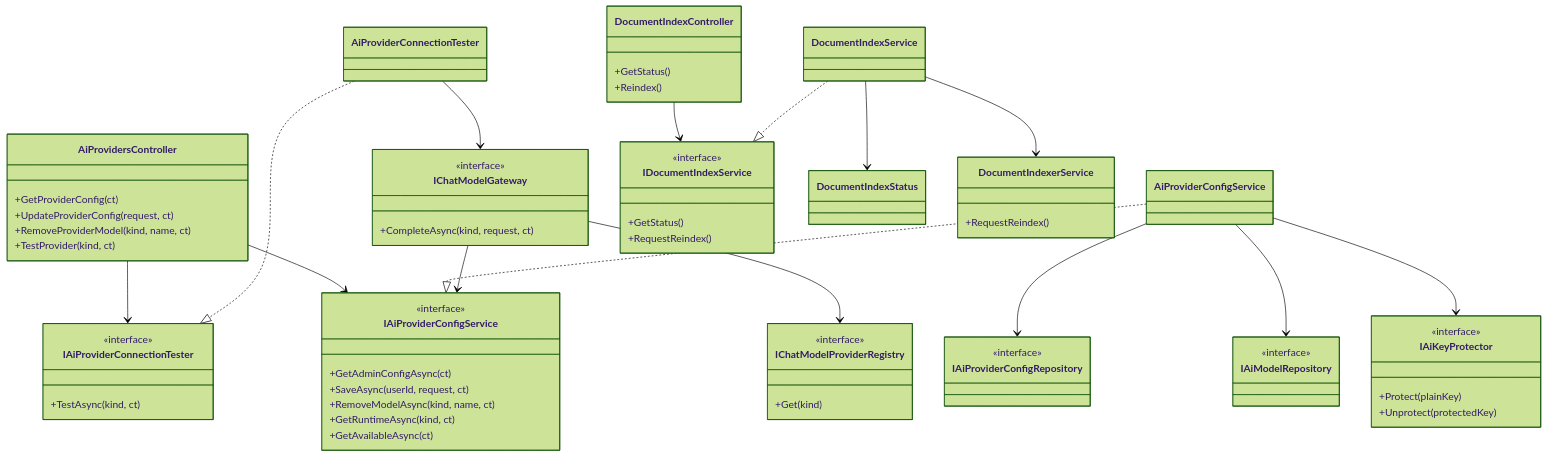
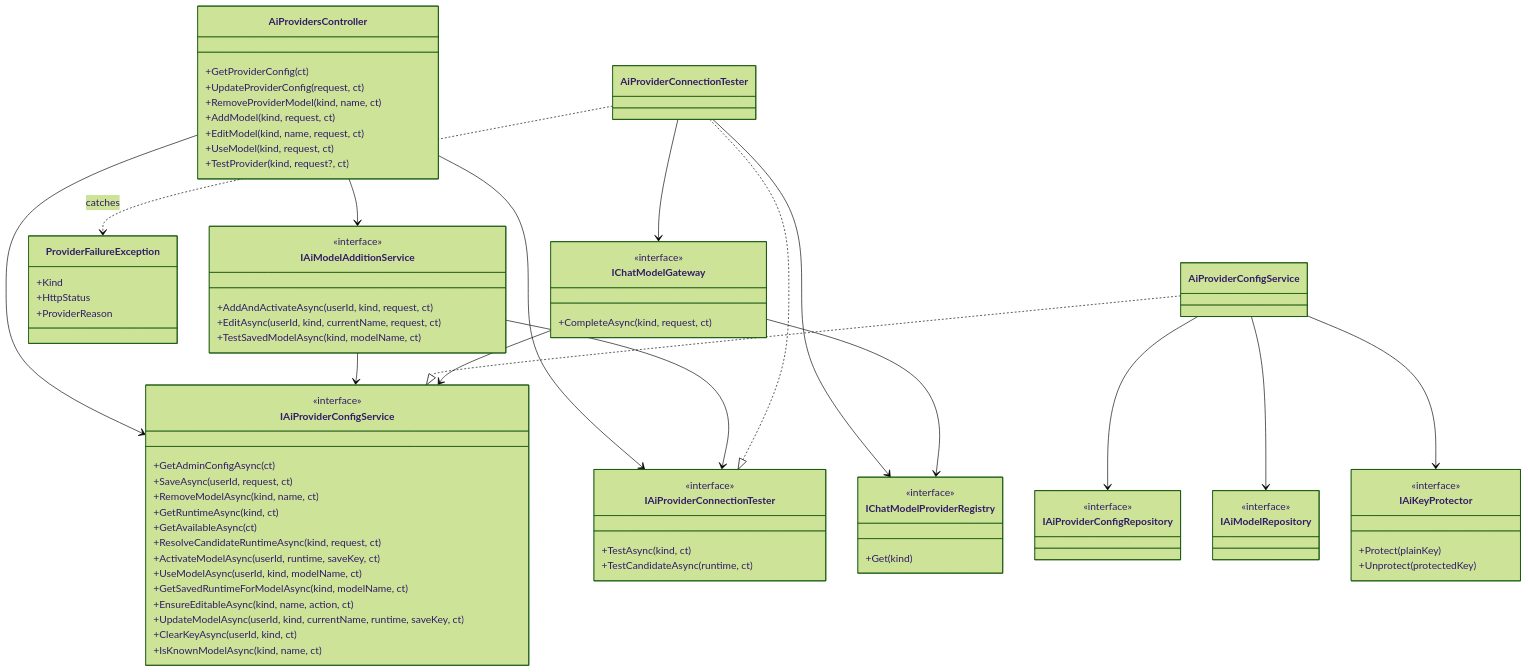
Before and after one commit to jojogeorge3344/TaskFlow-Project: the first of 5 diagrams in TF - Documents/TF - LLD/06-Settings/06.3-TFA-Settings/LLD-TFA-Settings.md, drawn with Mermaid (forest theme). The commit also changed other lines of this file and 103 other files, not shown here.

First line of the commit message:
feat(tfa): add AI model page, model ID check, read-only model list and edit

````diff
--- a/TF - Documents/TF - LLD/06-Settings/06.3-TFA-Settings/LLD-TFA-Settings.md
+++ b/TF - Documents/TF - LLD/06-Settings/06.3-TFA-Settings/LLD-TFA-Settings.md
@@ -177,70 +194,80 @@
 ```mermaid
 classDiagram
   class AiProvidersController {
     +GetProviderConfig(ct)
     +UpdateProviderConfig(request, ct)
     +RemoveProviderModel(kind, name, ct)
-    +TestProvider(kind, ct)
+    +AddModel(kind, request, ct)
+    +EditModel(kind, name, request, ct)
+    +UseModel(kind, request, ct)
+    +TestProvider(kind, request?, ct)
+  }
+  class IAiModelAdditionService {
+    <<interface>>
+    +AddAndActivateAsync(userId, kind, request, ct)
+    +EditAsync(userId, kind, currentName, request, ct)
+    +TestSavedModelAsync(kind, modelName, ct)
+  }
+  class ProviderFailureException {
+    +Kind
+    +HttpStatus
+    +ProviderReason
   }
   class IAiProviderConfigService {
     <<interface>>
     +GetAdminConfigAsync(ct)
     +SaveAsync(userId, request, ct)
     +RemoveModelAsync(kind, name, ct)
     +GetRuntimeAsync(kind, ct)
     +GetAvailableAsync(ct)
+    +ResolveCandidateRuntimeAsync(kind, request, ct)
+    +ActivateModelAsync(userId, runtime, saveKey, ct)
+    +UseModelAsync(userId, kind, modelName, ct)
+    +GetSavedRuntimeForModelAsync(kind, modelName, ct)
+    +EnsureEditableAsync(kind, name, action, ct)
+    +UpdateModelAsync(userId, kind, currentName, runtime, saveKey, ct)
+    +ClearKeyAsync(userId, kind, ct)
+    +IsKnownModelAsync(kind, name, ct)
   }
   class AiProviderConfigService
   class IAiProviderConnectionTester {
     <<interface>>
     +TestAsync(kind, ct)
+    +TestCandidateAsync(runtime, ct)
   }
   class AiProviderConnectionTester
   class IAiProviderConfigRepository {
     <<interface>>
   }
   class IAiModelRepository {
     <<interface>>
   }
   class IAiKeyProtector {
     <<interface>>
     +Protect(plainKey)
     +Unprotect(protectedKey)
   }
   class IChatModelGateway {
     <<interface>>
     +CompleteAsync(kind, request, ct)
   }
   class IChatModelProviderRegistry {
     <<interface>>
     +Get(kind)
   }
-  class DocumentIndexController {
-    +GetStatus()
-    +Reindex()
-  }
-  class IDocumentIndexService {
-    <<interface>>
-    +GetStatus()
-    +RequestReindex()
-  }
-  class DocumentIndexService
-  class DocumentIndexStatus
-  class DocumentIndexerService {
-    +RequestReindex()
-  }
-  DocumentIndexController --> IDocumentIndexService
-  DocumentIndexService ..|> IDocumentIndexService
-  DocumentIndexService --> DocumentIndexStatus
-  DocumentIndexService --> DocumentIndexerService
   AiProvidersController --> IAiProviderConfigService
   AiProvidersController --> IAiProviderConnectionTester
+  AiProvidersController --> IAiModelAdditionService
+  IAiModelAdditionService --> IAiProviderConnectionTester
+  IAiModelAdditionService --> IAiProviderConfigService
   AiProviderConfigService ..|> IAiProviderConfigService
   AiProviderConfigService --> IAiProviderConfigRepository
   AiProviderConfigService --> IAiModelRepository
   AiProviderConfigService --> IAiKeyProtector
   AiProviderConnectionTester ..|> IAiProviderConnectionTester
   AiProviderConnectionTester --> IChatModelGateway
+  AiProviderConnectionTester --> IChatModelProviderRegistry
+  AiProviderConnectionTester ..> ProviderFailureException : catches
   IChatModelGateway --> IAiProviderConfigService
   IChatModelGateway --> IChatModelProviderRegistry
 ```
````
